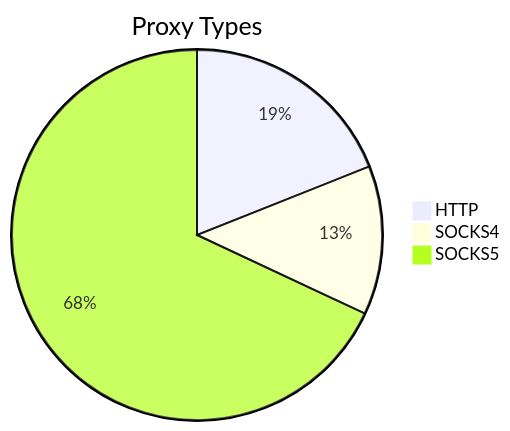
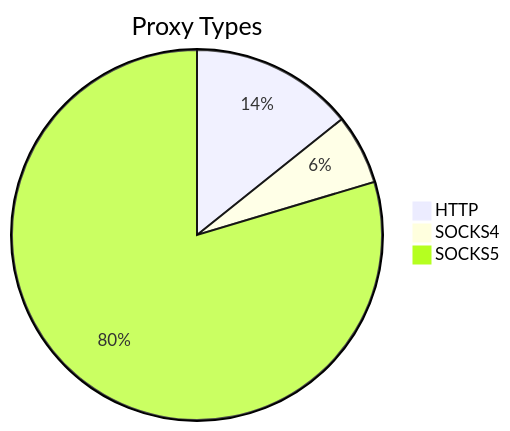
The first of 2 diagrams in README.md (stormsia/proxy-list), drawn with Mermaid before and after one commit. The commit also changed other lines of this file, not shown here.

````diff
--- a/README.md
+++ b/README.md
@@ -21,6 +21,6 @@
 ```mermaid
 pie title Proxy Types
-    "HTTP" : 111
-    "SOCKS4" : 76
-    "SOCKS5" : 398
+    "HTTP" : 77
+    "SOCKS4" : 33
+    "SOCKS5" : 430
 ```
````
